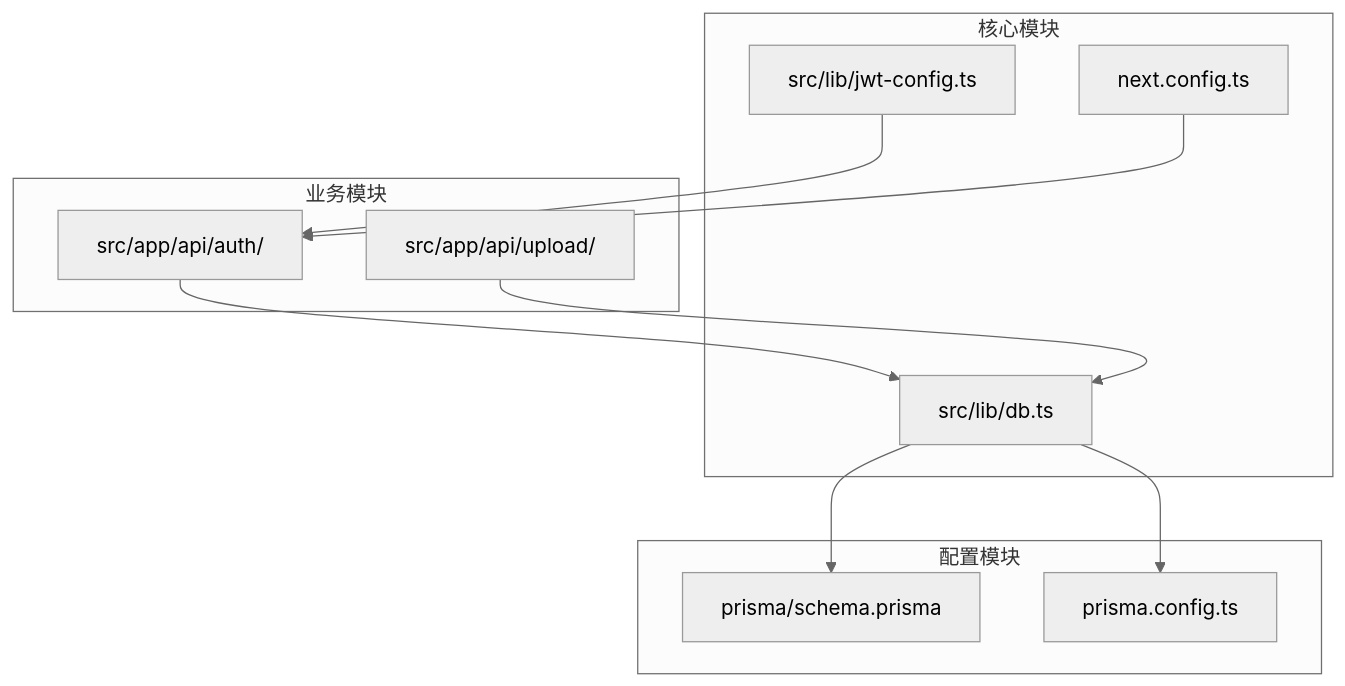
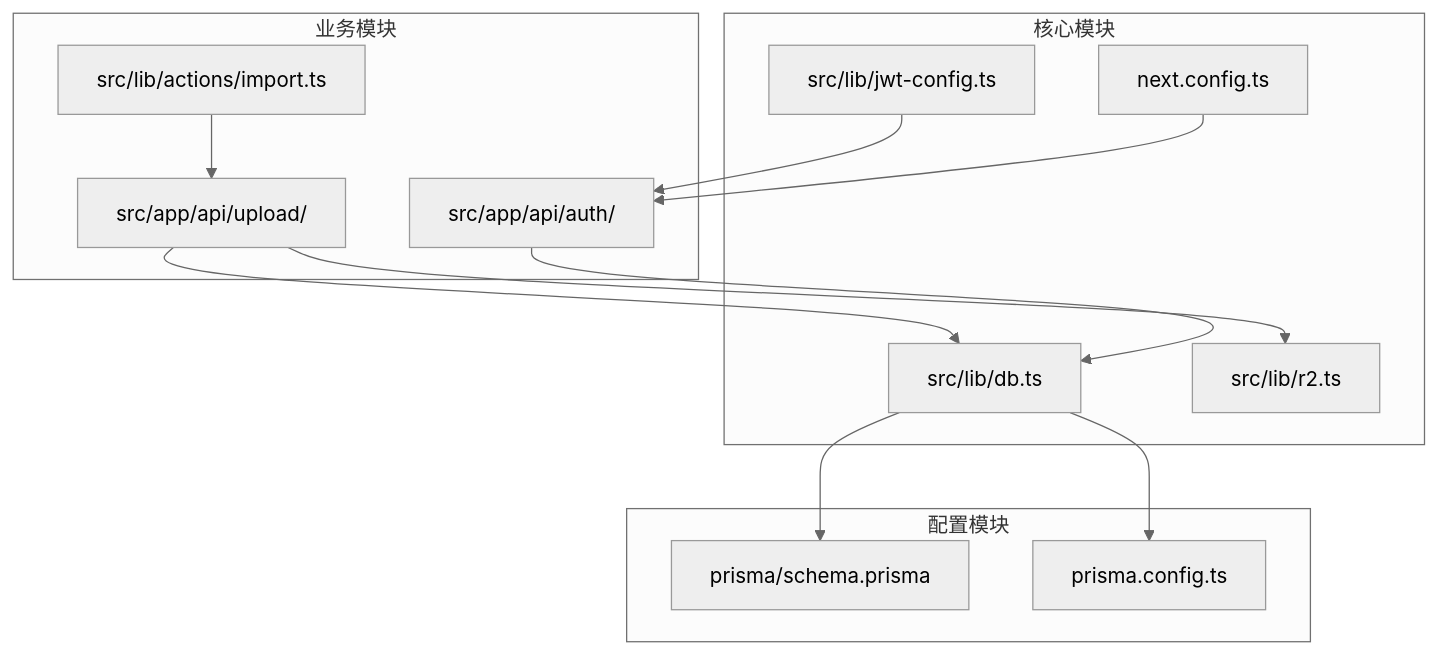
One commit to three3638-arch/celestia_2b changed the eighth of 8 diagrams in .qoder/repowiki/zh/content/部署配置/Docker容器化部署.md. Above: the diagram before and after it, drawn with Mermaid (neutral theme). The commit also changed other lines of this file and 14 other files, not shown here.

````diff
--- a/.qoder/repowiki/zh/content/部署配置/Docker容器化部署.md
+++ b/.qoder/repowiki/zh/content/部署配置/Docker容器化部署.md
@@ -383,22 +437,26 @@
 ```mermaid
 graph TD
 subgraph "核心模块"
 DB_LIB[src/lib/db.ts]
 JWT_CONFIG[src/lib/jwt-config.ts]
 NEXT_CONFIG[next.config.ts]
+R2_LIB[src/lib/r2.ts]
 end
 subgraph "业务模块"
 AUTH_API[src/app/api/auth/]
 UPLOAD_API[src/app/api/upload/]
+IMPORT_ACTION[src/lib/actions/import.ts]
 end
 subgraph "配置模块"
 PRISMA_SCHEMA[prisma/schema.prisma]
 PRISMA_CONFIG[prisma.config.ts]
 end
 DB_LIB --> PRISMA_SCHEMA
 DB_LIB --> PRISMA_CONFIG
 AUTH_API --> DB_LIB
 UPLOAD_API --> DB_LIB
+UPLOAD_API --> R2_LIB
+IMPORT_ACTION --> UPLOAD_API
 JWT_CONFIG --> AUTH_API
 NEXT_CONFIG --> AUTH_API
 ```
````
